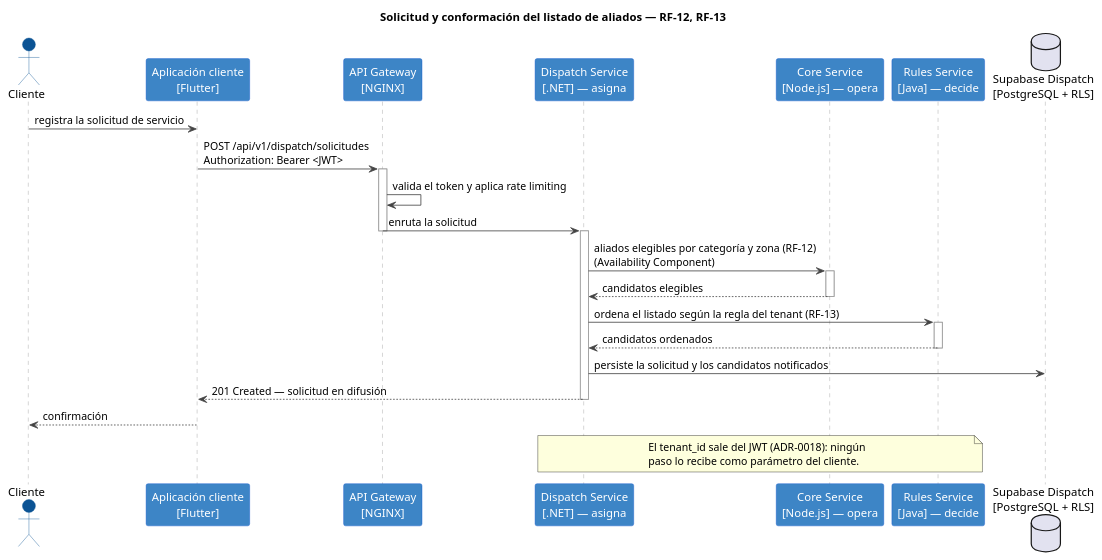
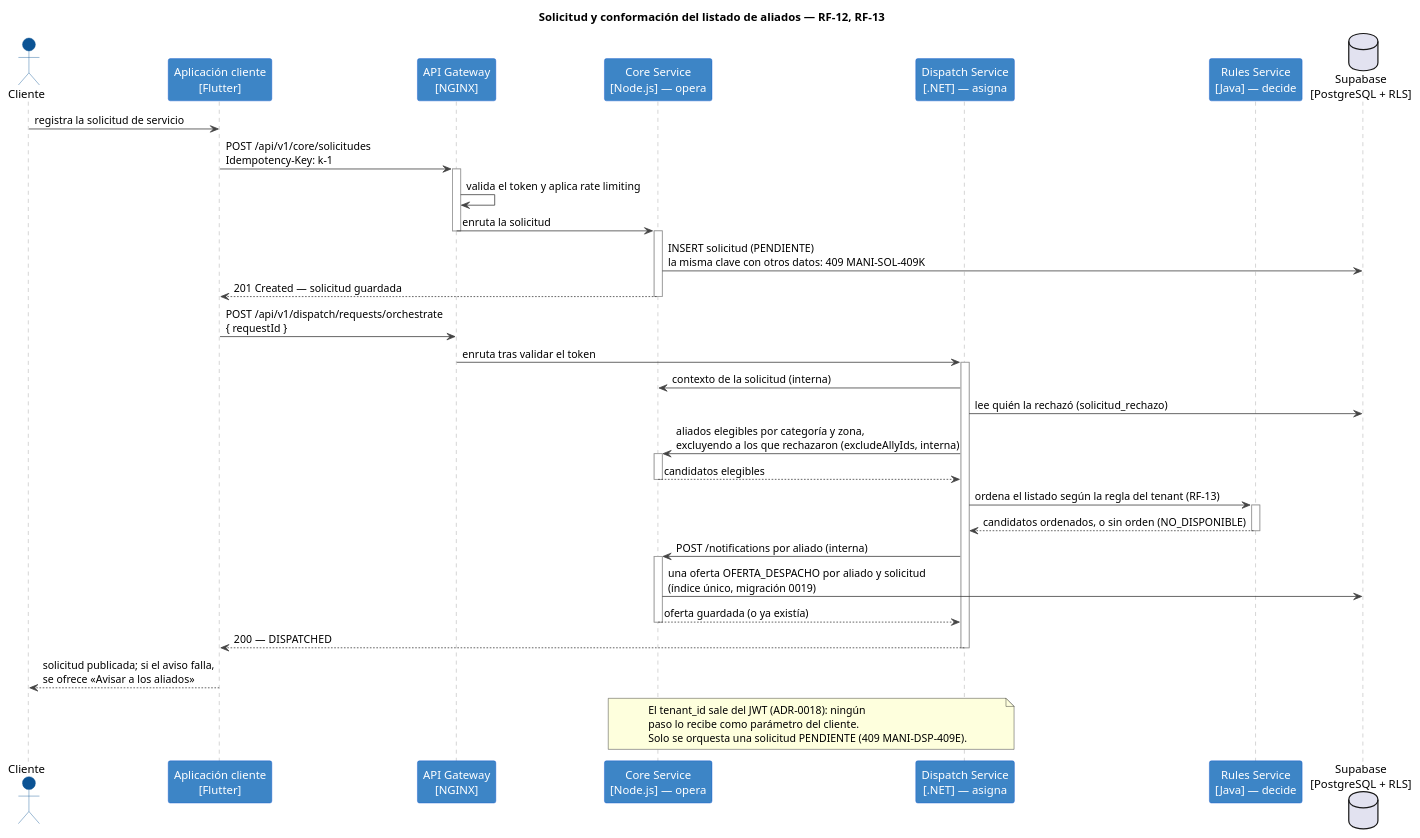
One commit to Trama-AS/MANI-docs changed the first of 5 diagrams in wiki/02-arquitectura/SECUENCIAS.md. Above: the diagram before and after it, drawn with PlantUML. The commit also changed other lines of this file and 9 other files, not shown here.

First line of the commit message:
[SCRUM-1403] docs(arq): decision 6A en la documentacion, Dispatch decide y Core escribe

````diff
--- a/wiki/02-arquitectura/SECUENCIAS.md
+++ b/wiki/02-arquitectura/SECUENCIAS.md
@@ -34,54 +34,67 @@
 ```plantuml
 @startuml seq-solicitud
 title Solicitud y conformación del listado de aliados — RF-12, RF-13
 
 skinparam backgroundColor #ffffff
 skinparam shadowing false
 skinparam sequence {
   ArrowColor #444444
   LifeLineBorderColor #999999
   ParticipantBorderColor #1155cc
   ParticipantBackgroundColor #3d85c6
   ParticipantFontColor #ffffff
   ActorBorderColor #0b5394
   ActorBackgroundColor #0b5394
 }
 
 actor "Cliente" as Cliente
 participant "Aplicación cliente\n[Flutter]" as App
 participant "API Gateway\n[NGINX]" as GW
+participant "Core Service\n[Node.js] — opera" as Core
 participant "Dispatch Service\n[.NET] — asigna" as Dispatch
-participant "Core Service\n[Node.js] — opera" as Core
 participant "Rules Service\n[Java] — decide" as Rules
-database "Supabase Dispatch\n[PostgreSQL + RLS]" as DbDispatch
+database "Supabase\n[PostgreSQL + RLS]" as Db
 
 Cliente -> App: registra la solicitud de servicio
-App -> GW: POST /api/v1/dispatch/solicitudes\nAuthorization: Bearer <JWT>
+App -> GW: POST /api/v1/core/solicitudes\nIdempotency-Key: k-1
 activate GW
 GW -> GW: valida el token y aplica rate limiting
-GW -> Dispatch: enruta la solicitud
+GW -> Core: enruta la solicitud
 deactivate GW
+activate Core
+Core -> Db: INSERT solicitud (PENDIENTE)\nla misma clave con otros datos: 409 MANI-SOL-409K
+Core --> App: 201 Created — solicitud guardada
+deactivate Core
+
+App -> GW: POST /api/v1/dispatch/requests/orchestrate\n{ requestId }
+GW -> Dispatch: enruta tras validar el token
 activate Dispatch
-
-Dispatch -> Core: aliados elegibles por categoría y zona (RF-12)\n(Availability Component)
+Dispatch -> Core: contexto de la solicitud (interna)
+Dispatch -> Db: lee quién la rechazó (solicitud_rechazo)
+Dispatch -> Core: aliados elegibles por categoría y zona,\nexcluyendo a los que rechazaron (excludeAllyIds, interna)
 activate Core
 Core --> Dispatch: candidatos elegibles
 deactivate Core
 
 Dispatch -> Rules: ordena el listado según la regla del tenant (RF-13)
 activate Rules
-Rules --> Dispatch: candidatos ordenados
+Rules --> Dispatch: candidatos ordenados, o sin orden (NO_DISPONIBLE)
 deactivate Rules
 
-Dispatch -> DbDispatch: persiste la solicitud y los candidatos notificados
-Dispatch --> App: 201 Created — solicitud en difusión
+Dispatch -> Core: POST /notifications por aliado (interna)
+activate Core
+Core -> Db: una oferta OFERTA_DESPACHO por aliado y solicitud\n(índice único, migración 0019)
+Core --> Dispatch: oferta guardada (o ya existía)
+deactivate Core
+Dispatch --> App: 200 — DISPATCHED
 deactivate Dispatch
-App --> Cliente: confirmación
+App --> Cliente: solicitud publicada; si el aviso falla,\nse ofrece «Avisar a los aliados»
 
-note over Dispatch, Rules
+note over Core, Dispatch
   El tenant_id sale del JWT (ADR-0018): ningún
   paso lo recibe como parámetro del cliente.
+  Solo se orquesta una solicitud PENDIENTE (409 MANI-DSP-409E).
 end note
 
 @enduml
 ```
````
